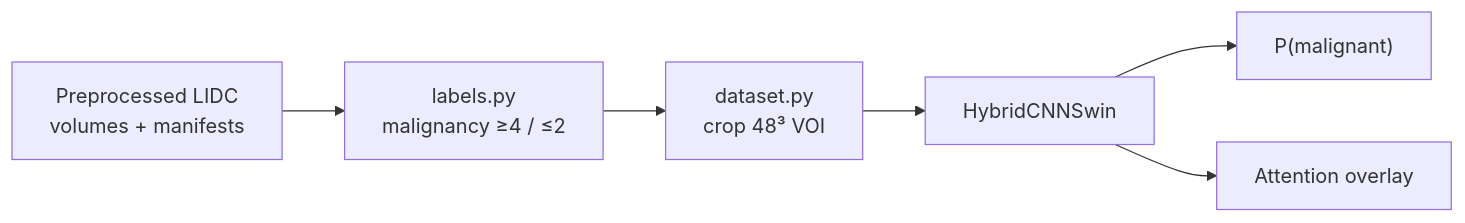
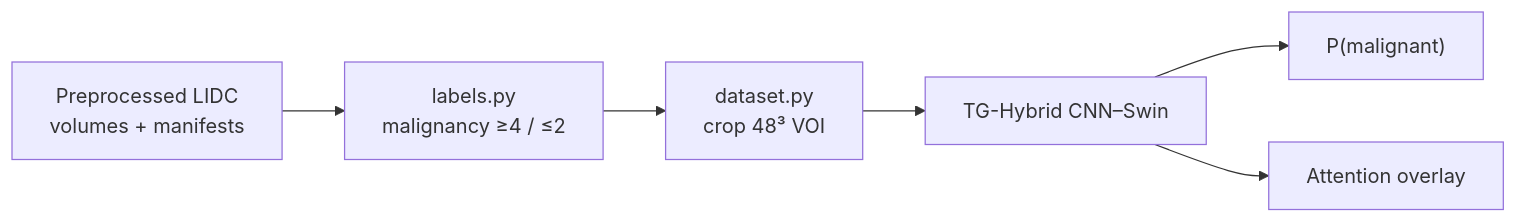
Before and after one commit to HMAjay/lcp-cnn: the second of 2 diagrams in docs/MODEL_ARCHITECTURE.md, drawn with Mermaid. The commit also changed other lines of this file and 27 other files, not shown here.

````diff
--- a/docs/MODEL_ARCHITECTURE.md
+++ b/docs/MODEL_ARCHITECTURE.md
@@ -64,8 +75,8 @@
 ```mermaid
 flowchart LR
     A["Preprocessed LIDC<br/>volumes + manifests"] --> B["labels.py<br/>malignancy ≥4 / ≤2"]
     B --> C["dataset.py<br/>crop 48³ VOI"]
-    C --> D["HybridCNNSwin"]
+    C --> D["TG-Hybrid CNN–Swin"]
     D --> E["P(malignant)"]
     D --> F["Attention overlay"]
 ```
````
